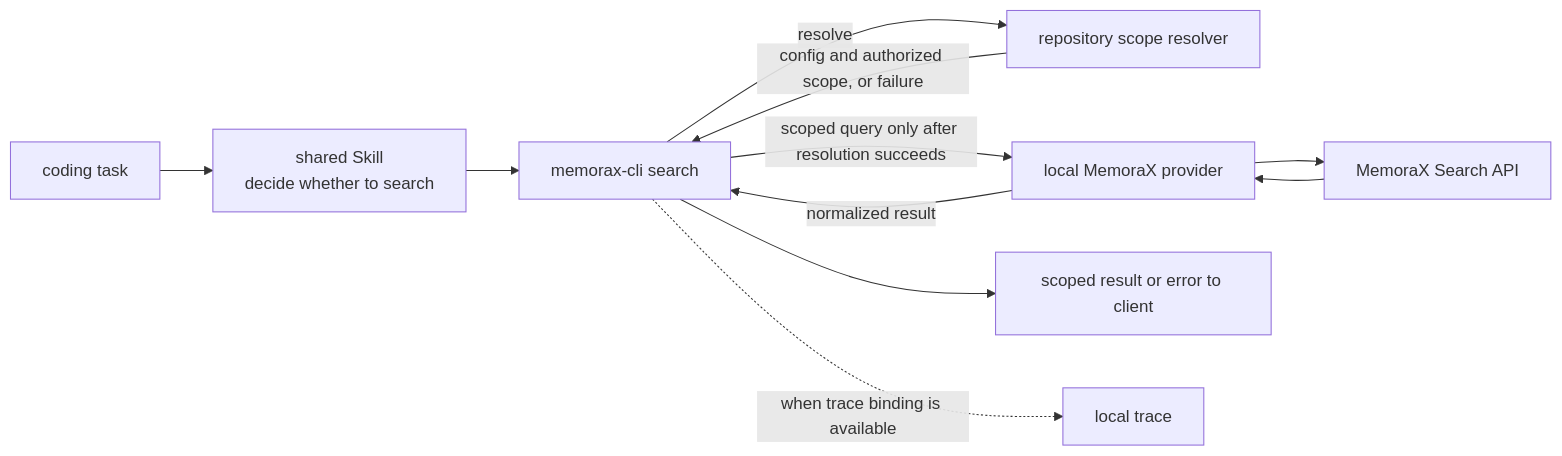
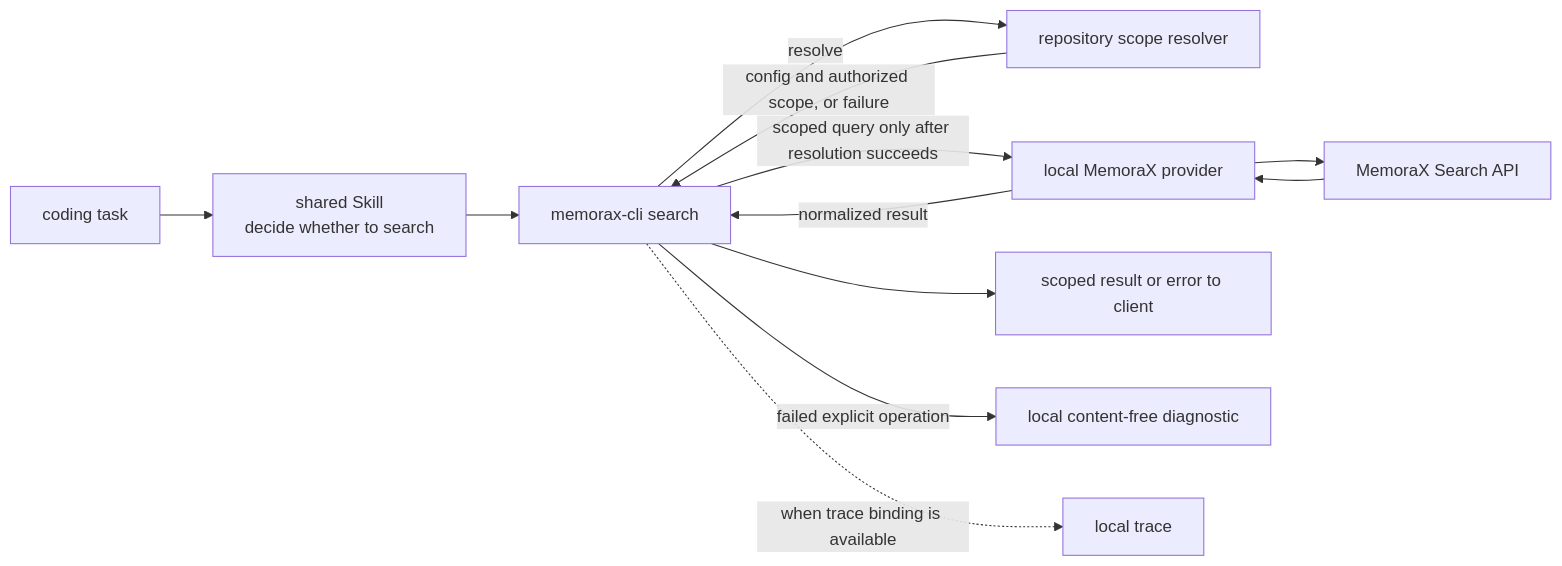
One commit to SimonEskildse/memorax-code changed the fourth of 7 diagrams in ARCHITECTURE.md. Above: the diagram before and after it, drawn with Mermaid. The commit also changed other lines of this file and 17 other files, not shown here.

````diff
--- a/ARCHITECTURE.md
+++ b/ARCHITECTURE.md
@@ -514,13 +514,14 @@
 ```mermaid
 flowchart LR
   Task["coding task"] --> Skill["shared Skill<br/>decide whether to search"]
   Skill --> CLI["memorax-cli search"]
   CLI -->|"resolve"| Scope["repository scope resolver"]
   Scope -->|"config and authorized scope, or failure"| CLI
   CLI -->|"scoped query only after resolution succeeds"| Provider["local MemoraX provider"]
   Provider --> Remote["MemoraX Search API"]
   Remote --> Provider
   Provider -->|"normalized result"| CLI
   CLI --> Result["scoped result or error to client"]
+  CLI -->|"failed explicit operation"| Diagnostic["local content-free diagnostic"]
   CLI -. "when trace binding is available" .-> Trace["local trace"]
 ```
````
